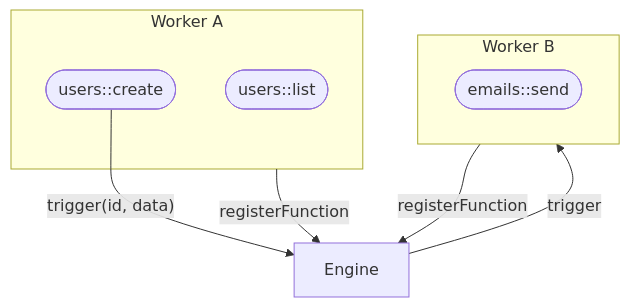
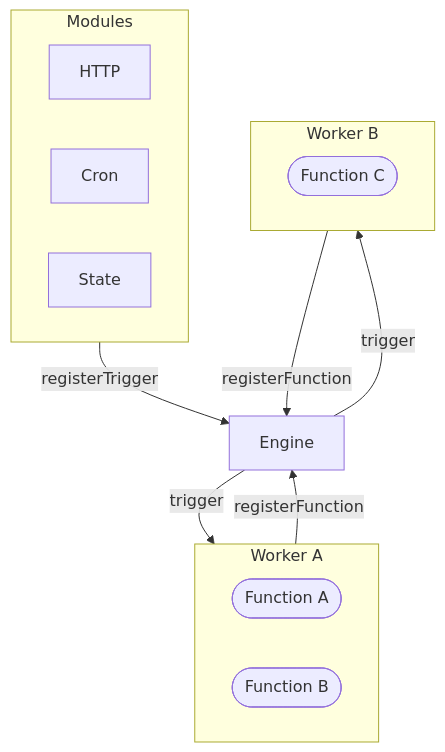
The diagram in content/architecture/engine.mdx (iii-hq/docs), drawn with Mermaid before and after one commit. The commit also changed 12 other files, not shown here.

First line of the commit message:
fix: console nav, quickstart examples card, architecture diagrams

````diff
--- a/content/architecture/engine.mdx
+++ b/content/architecture/engine.mdx
@@ -8,17 +8,27 @@
 ```mermaid
 graph TB
-    subgraph WorkerA[Worker A]
-        F1([users::create])
-        F2([users::list])
+    subgraph Modules
+        HTTP[HTTP]
+        Cron[Cron]
+        State[State]
     end
 
-    subgraph WorkerB[Worker B]
-        F3([emails::send])
+    Modules -- registerTrigger --> E[Engine]
+
+    E -- trigger --> W1
+    E -- trigger --> W2
+
+    subgraph W1[Worker A]
+        direction LR
+        F1([Function A])
+        F2([Function B])
     end
 
-    WorkerA -- registerFunction --> E[Engine]
-    WorkerB -- registerFunction --> E
+    subgraph W2[Worker B]
+        direction LR
+        F3([Function C])
+    end
 
-    F1 -- "trigger(id, data)" --> E
-    E -- trigger --> WorkerB
+    W1 -- registerFunction --> E
+    W2 -- registerFunction --> E
 ```
````
